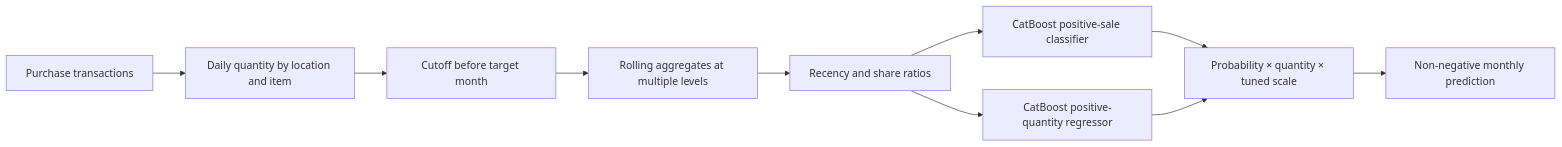
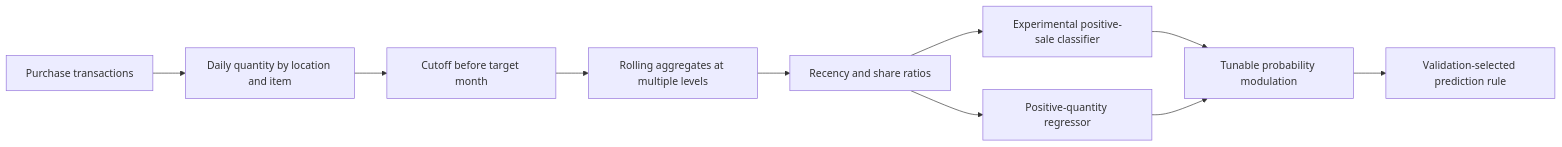
Before and after one commit to hyytrnn/sale-forecasting: the diagram in docs/feature_analysis.md, drawn with Mermaid. The commit also changed other lines of this file and 25 other files, not shown here.

````diff
--- a/docs/feature_analysis.md
+++ b/docs/feature_analysis.md
@@ -5,12 +5,12 @@
 ```mermaid
 flowchart LR
     A[Purchase transactions] --> B[Daily quantity by location and item]
     B --> C[Cutoff before target month]
     C --> D[Rolling aggregates at multiple levels]
     D --> E[Recency and share ratios]
-    E --> F[CatBoost positive-sale classifier]
-    E --> G[CatBoost positive-quantity regressor]
-    F --> H[Probability × quantity × tuned scale]
+    E --> F[Experimental positive-sale classifier]
+    E --> G[Positive-quantity regressor]
+    F --> H[Tunable probability modulation]
     G --> H
-    H --> I[Non-negative monthly prediction]
+    H --> I[Validation-selected prediction rule]
 ```
````
